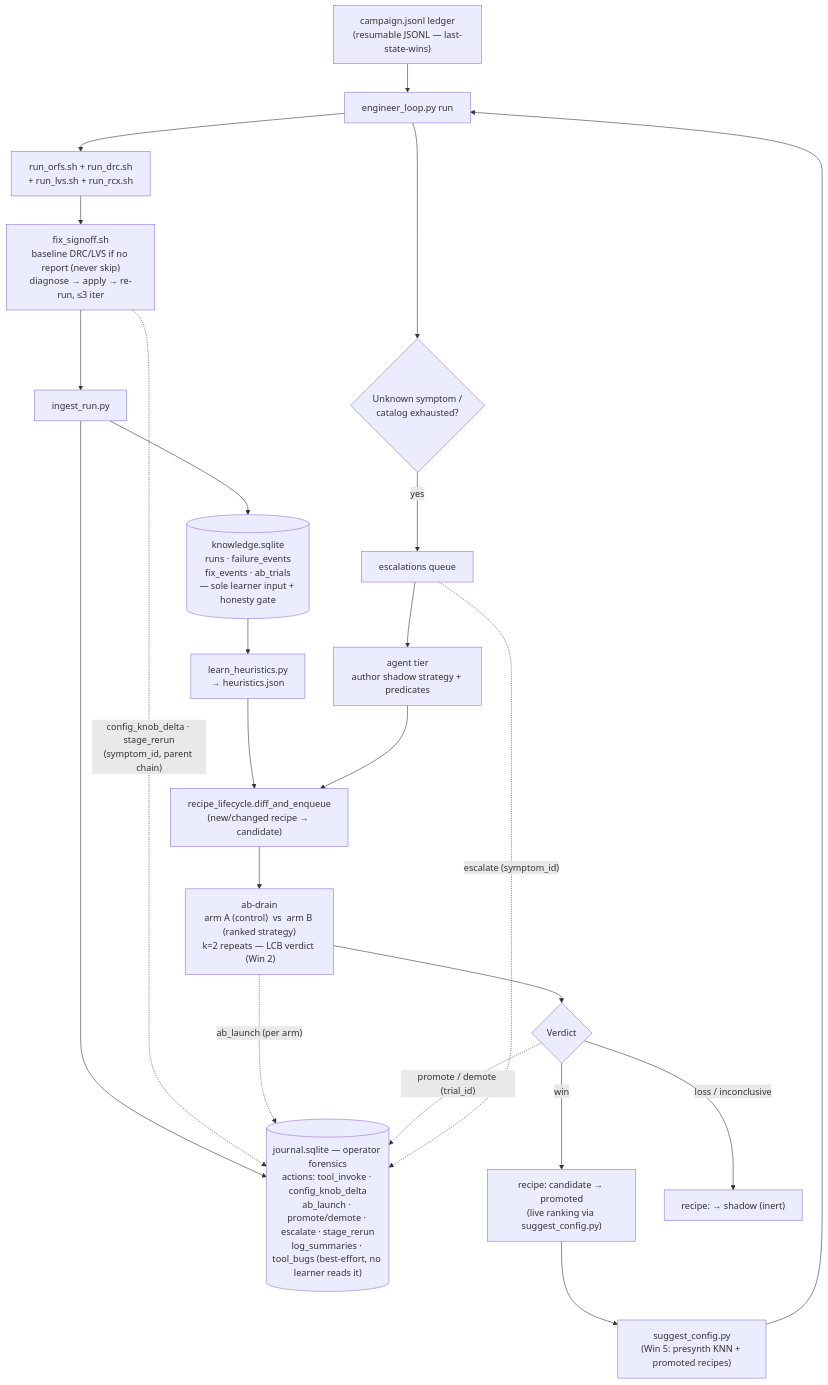
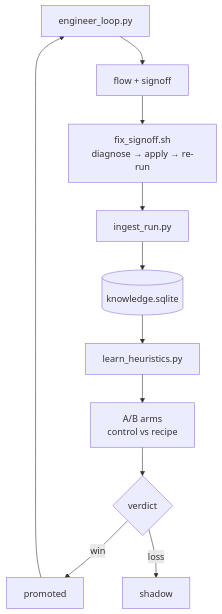
The second of 2 diagrams in README.md (ShenShan123/r2g-skills), drawn with Mermaid before and after one commit. The commit also changed other lines of this file and 1 other file, not shown here.

````diff
--- a/README.md
+++ b/README.md
@@ -501,33 +417,13 @@
 ```mermaid
 flowchart TD
-    L["campaign.jsonl ledger\n(resumable JSONL — last-state-wins)"]
-    L --> EL["engineer_loop.py run"]
-
-    EL --> FL["run_orfs.sh + run_drc.sh\n+ run_lvs.sh + run_rcx.sh"]
-    FL --> FX["fix_signoff.sh\nbaseline DRC/LVS if no report (never skip)\ndiagnose → apply → re-run, ≤3 iter"]
+    EL["engineer_loop.py"] --> FL["flow + signoff"]
+    FL --> FX["fix_signoff.sh<br/>diagnose → apply → re-run"]
     FX --> IN["ingest_run.py"]
-    IN --> KDB[("knowledge.sqlite\nruns · failure_events\nfix_events · ab_trials\n— sole learner input + honesty gate")]
-    IN --> JDB[("journal.sqlite — operator forensics\nactions: tool_invoke · config_knob_delta\nab_launch · promote/demote · escalate · stage_rerun\nlog_summaries · tool_bugs (best-effort, no learner reads it)")]
-
-    KDB --> LH["learn_heuristics.py\n→ heuristics.json"]
-    LH --> RL["recipe_lifecycle.diff_and_enqueue\n(new/changed recipe → candidate)"]
-
-    RL --> ABD["ab-drain\narm A (control)  vs  arm B (ranked strategy)\nk=2 repeats — LCB verdict  (Win 2)"]
-    ABD --> V{"Verdict"}
-    V -- "win" --> PR["recipe: candidate → promoted\n(live ranking via suggest_config.py)"]
-    V -- "loss / inconclusive" --> SH["recipe: → shadow (inert)"]
-
-    PR --> SC["suggest_config.py\n(Win 5: presynth KNN + promoted recipes)"]
-    SC --> EL
-
-    EL --> ESC{"Unknown symptom /\ncatalog exhausted?"}
-    ESC -- yes --> EQ["escalations queue"]
-    EQ --> AT["agent tier\nauthor shadow strategy + predicates"]
-    AT --> RL
-
-    %% decision-journaling (Tiers A/B, 2026-06-17) — best-effort side-writes, symptom/trial linked
-    FX -. "config_knob_delta · stage_rerun\n(symptom_id, parent chain)" .-> JDB
-    ABD -. "ab_launch (per arm)" .-> JDB
-    V -. "promote / demote (trial_id)" .-> JDB
-    EQ -. "escalate (symptom_id)" .-> JDB
+    IN --> KDB[("knowledge.sqlite")]
+    KDB --> LH["learn_heuristics.py"]
+    LH --> AB["A/B arms<br/>control vs recipe"]
+    AB --> V{"verdict"}
+    V -- "win" --> PR["promoted"]
+    V -- "loss" --> SH["shadow"]
+    PR --> EL
 ```
````
